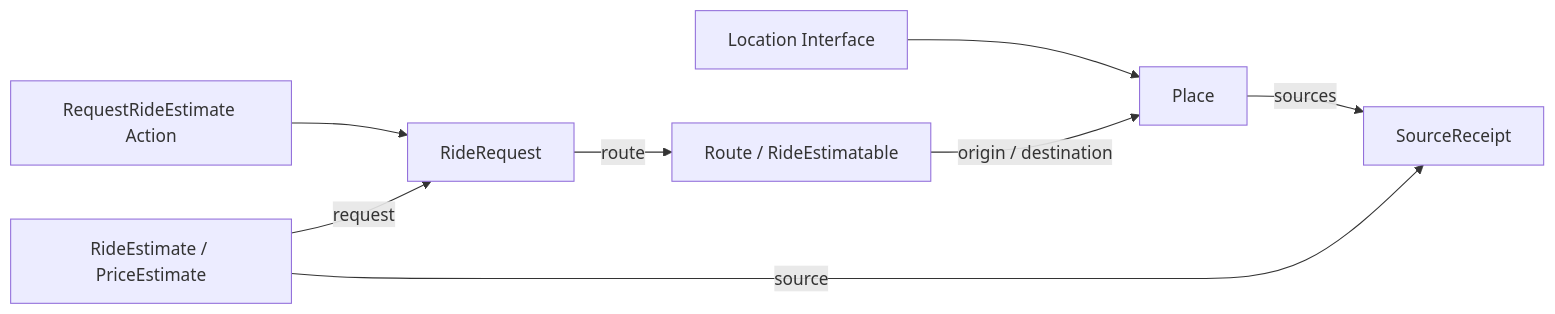
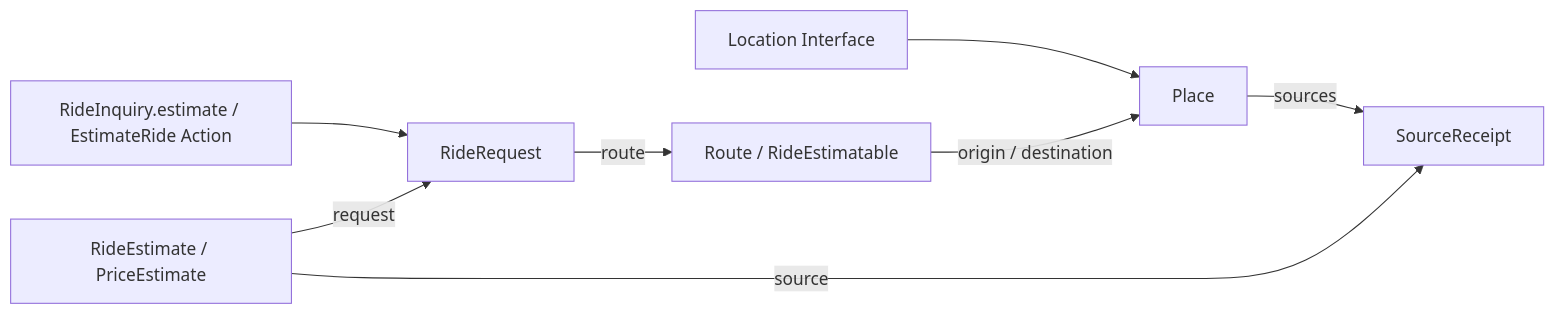
The second of 2 diagrams in docs/architecture/ontology.md (proerror77/eigos), drawn with Mermaid before and after one commit. The commit also changed other lines of this file and 18 other files, not shown here.

Commit message:
Drive complete ride inquiries through an Interface function-backed Action

````diff
--- a/docs/architecture/ontology.md
+++ b/docs/architecture/ontology.md
@@ -64,10 +64,10 @@
 ```mermaid
 flowchart LR
     Location[Location Interface] --> Place[Place]
     Route[Route / RideEstimatable] -->|origin / destination| Place
-    Decision[RequestRideEstimate Action] --> Request[RideRequest]
+    Decision[RideInquiry.estimate / EstimateRide Action] --> Request[RideRequest]
     Request -->|route| Route
     Estimate[RideEstimate / PriceEstimate] -->|request| Request
     Estimate -->|source| Receipt[SourceReceipt]
     Place -->|sources| Receipt
 ```
````
